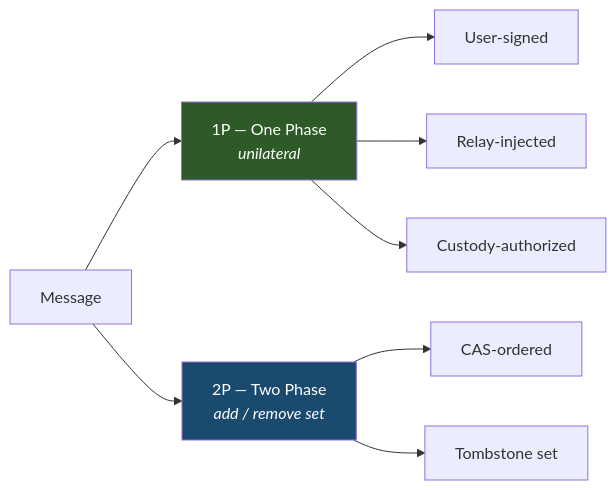
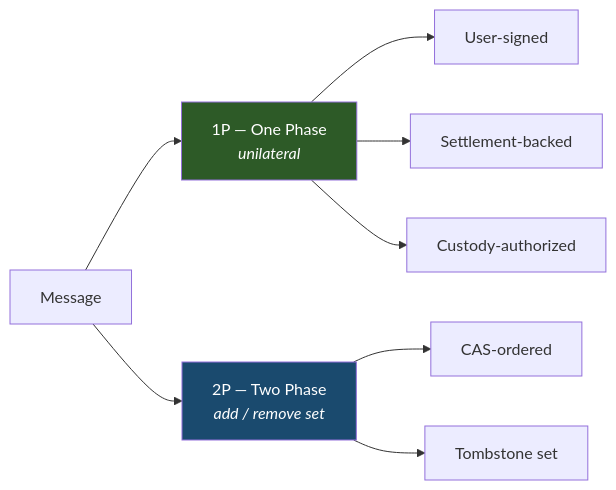
Before and after one commit to officialunofficial/protocol: the first of 3 diagrams in SPECIFICATION.md, drawn with Mermaid. The commit also changed other lines of this file and 1 other file, not shown here.

````diff
--- a/SPECIFICATION.md
+++ b/SPECIFICATION.md
@@ -149,14 +153,14 @@
 ```mermaid
 graph LR
     M[Message] --> ONE["1P — One Phase<br/><i>unilateral</i>"]
     M --> TWO["2P — Two Phase<br/><i>add / remove set</i>"]
 
     ONE --> U[User-signed]
-    ONE --> SYS[Relay-injected]
+    ONE --> SETTLE[Settlement-backed]
     ONE --> CUS[Custody-authorized]
     TWO --> CAS[CAS-ordered]
     TWO --> TS[Tombstone set]
 
     style ONE fill:#2d5a27,color:#fff
     style TWO fill:#1a4a6e,color:#fff
 ```
````
